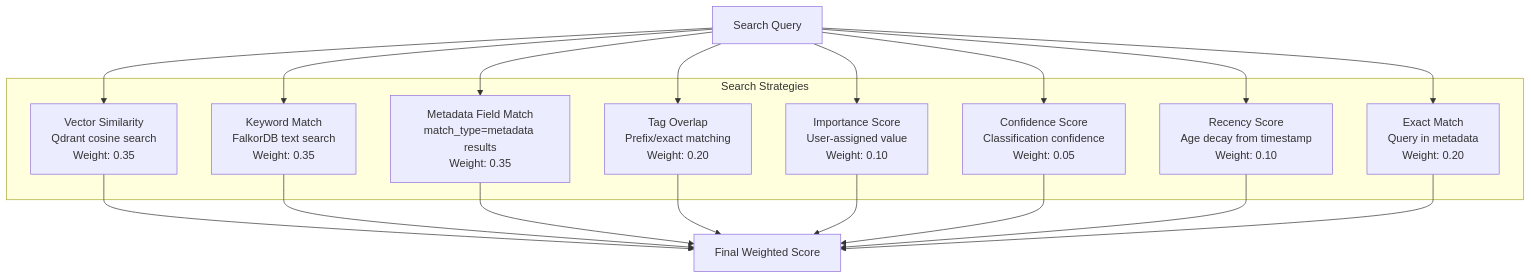
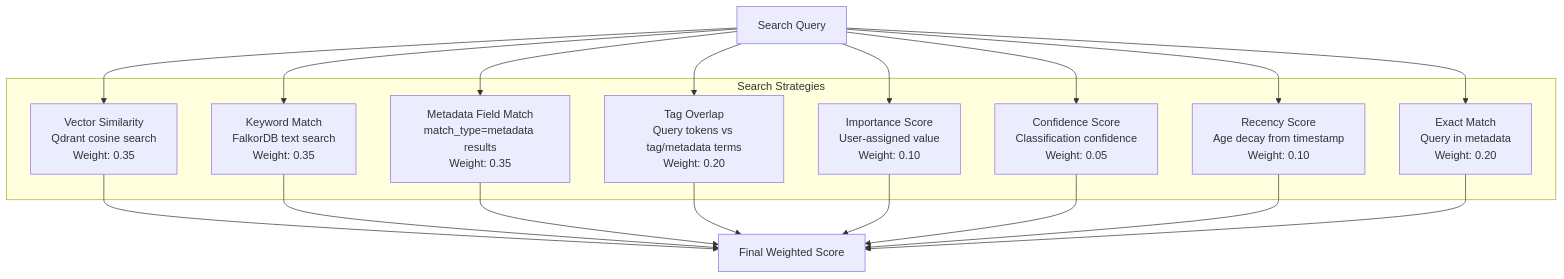
Before and after one commit to verygoodplugins/automem-website: the second of 3 diagrams in src/content/docs/docs/core-concepts/hybrid-search.md, drawn with Mermaid. The commit also changed other lines of this file and 2 other files, not shown here.

````diff
--- a/src/content/docs/docs/core-concepts/hybrid-search.md
+++ b/src/content/docs/docs/core-concepts/hybrid-search.md
@@ -67,35 +67,35 @@
 ```mermaid
 graph TB
     Query["Search Query"]
 
     subgraph "Search Strategies"
         Vector["Vector Similarity<br/>Qdrant cosine search<br/>Weight: 0.35"]
         Keyword["Keyword Match<br/>FalkorDB text search<br/>Weight: 0.35"]
         Metadata["Metadata Field Match<br/>match_type=metadata results<br/>Weight: 0.35"]
-        Tag["Tag Overlap<br/>Prefix/exact matching<br/>Weight: 0.20"]
+        Tag["Tag Overlap<br/>Query tokens vs tag/metadata terms<br/>Weight: 0.20"]
         Importance["Importance Score<br/>User-assigned value<br/>Weight: 0.10"]
         Confidence["Confidence Score<br/>Classification confidence<br/>Weight: 0.05"]
         Recency["Recency Score<br/>Age decay from timestamp<br/>Weight: 0.10"]
         Exact["Exact Match<br/>Query in metadata<br/>Weight: 0.20"]
     end
 
     Result["Final Weighted Score"]
 
     Query --> Vector
     Query --> Keyword
     Query --> Metadata
     Query --> Tag
     Query --> Importance
     Query --> Confidence
     Query --> Recency
     Query --> Exact
 
     Vector --> Result
     Keyword --> Result
     Metadata --> Result
     Tag --> Result
     Importance --> Result
     Confidence --> Result
     Recency --> Result
     Exact --> Result
 ```
````
